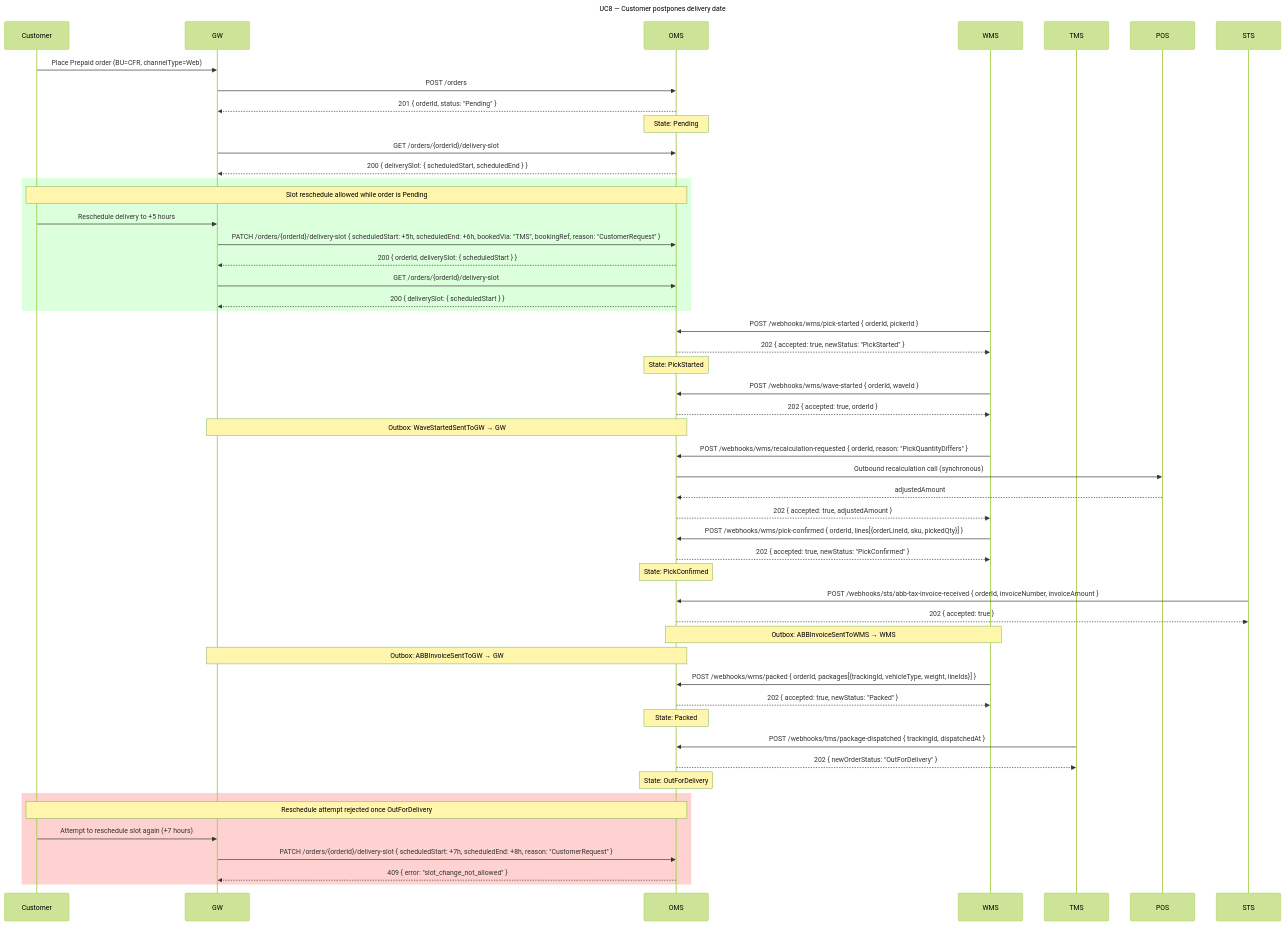
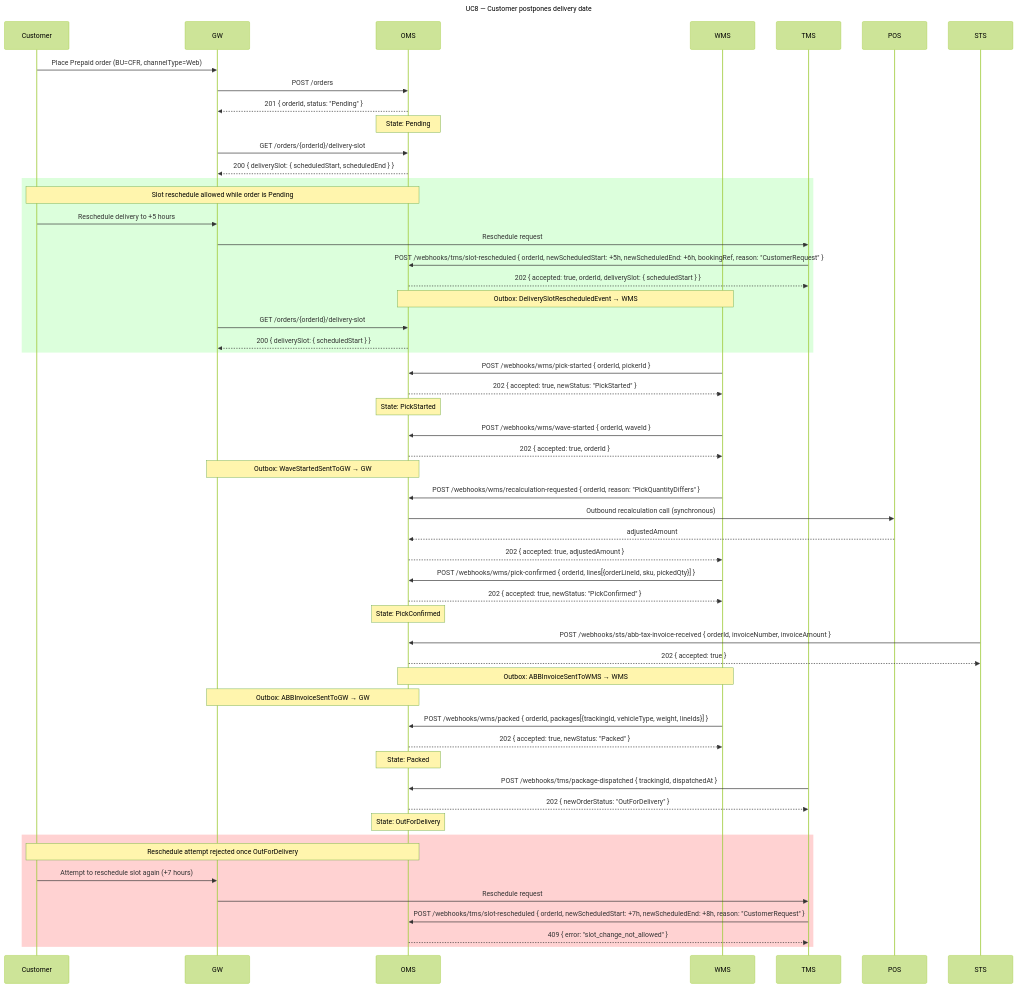
One commit to rosered11/oms-claude changed the eighth of 13 diagrams in docs/oms-e2e-sequence-diagrams.md. Above: the diagram before and after it, drawn with Mermaid (forest theme). The commit also changed 25 other files, not shown here.

````diff
--- a/docs/oms-e2e-sequence-diagrams.md
+++ b/docs/oms-e2e-sequence-diagrams.md
@@ -452,67 +452,70 @@
 ```mermaid
 sequenceDiagram
   title: UC8 — Customer postpones delivery date
 
   participant Customer
   participant GW
   participant OMS
   participant WMS
   participant TMS
   participant POS
   participant STS
 
   Customer->>GW: Place Prepaid order (BU=CFR, channelType=Web)
   GW->>OMS: POST /orders
   OMS-->>GW: 201 { orderId, status: "Pending" }
   Note over OMS: State: Pending
 
   GW->>OMS: GET /orders/{orderId}/delivery-slot
   OMS-->>GW: 200 { deliverySlot: { scheduledStart, scheduledEnd } }
 
   rect rgb(220, 255, 220)
     Note over Customer,OMS: Slot reschedule allowed while order is Pending
     Customer->>GW: Reschedule delivery to +5 hours
-    GW->>OMS: PATCH /orders/{orderId}/delivery-slot { scheduledStart: +5h, scheduledEnd: +6h, bookedVia: "TMS", bookingRef, reason: "CustomerRequest" }
-    OMS-->>GW: 200 { orderId, deliverySlot: { scheduledStart } }
+    GW->>TMS: Reschedule request
+    TMS->>OMS: POST /webhooks/tms/slot-rescheduled { orderId, newScheduledStart: +5h, newScheduledEnd: +6h, bookingRef, reason: "CustomerRequest" }
+    OMS-->>TMS: 202 { accepted: true, orderId, deliverySlot: { scheduledStart } }
+    Note over OMS,WMS: Outbox: DeliverySlotRescheduledEvent → WMS
 
     GW->>OMS: GET /orders/{orderId}/delivery-slot
     OMS-->>GW: 200 { deliverySlot: { scheduledStart } }
   end
 
   WMS->>OMS: POST /webhooks/wms/pick-started { orderId, pickerId }
   OMS-->>WMS: 202 { accepted: true, newStatus: "PickStarted" }
   Note over OMS: State: PickStarted
 
   WMS->>OMS: POST /webhooks/wms/wave-started { orderId, waveId }
   OMS-->>WMS: 202 { accepted: true, orderId }
   Note over OMS,GW: Outbox: WaveStartedSentToGW → GW
 
   WMS->>OMS: POST /webhooks/wms/recalculation-requested { orderId, reason: "PickQuantityDiffers" }
   OMS->>POS: Outbound recalculation call (synchronous)
   POS-->>OMS: adjustedAmount
   OMS-->>WMS: 202 { accepted: true, adjustedAmount }
 
   WMS->>OMS: POST /webhooks/wms/pick-confirmed { orderId, lines[{orderLineId, sku, pickedQty}] }
   OMS-->>WMS: 202 { accepted: true, newStatus: "PickConfirmed" }
   Note over OMS: State: PickConfirmed
 
   STS->>OMS: POST /webhooks/sts/abb-tax-invoice-received { orderId, invoiceNumber, invoiceAmount }
   OMS-->>STS: 202 { accepted: true }
   Note over OMS,WMS: Outbox: ABBInvoiceSentToWMS → WMS
   Note over OMS,GW: Outbox: ABBInvoiceSentToGW → GW
 
   WMS->>OMS: POST /webhooks/wms/packed { orderId, packages[{trackingId, vehicleType, weight, lineIds}] }
   OMS-->>WMS: 202 { accepted: true, newStatus: "Packed" }
   Note over OMS: State: Packed
 
   TMS->>OMS: POST /webhooks/tms/package-dispatched { trackingId, dispatchedAt }
   OMS-->>TMS: 202 { newOrderStatus: "OutForDelivery" }
   Note over OMS: State: OutForDelivery
 
   rect rgb(255, 210, 210)
     Note over Customer,OMS: Reschedule attempt rejected once OutForDelivery
     Customer->>GW: Attempt to reschedule slot again (+7 hours)
-    GW->>OMS: PATCH /orders/{orderId}/delivery-slot { scheduledStart: +7h, scheduledEnd: +8h, reason: "CustomerRequest" }
-    OMS-->>GW: 409 { error: "slot_change_not_allowed" }
+    GW->>TMS: Reschedule request
+    TMS->>OMS: POST /webhooks/tms/slot-rescheduled { orderId, newScheduledStart: +7h, newScheduledEnd: +8h, reason: "CustomerRequest" }
+    OMS-->>TMS: 409 { error: "slot_change_not_allowed" }
   end
 ```
````
